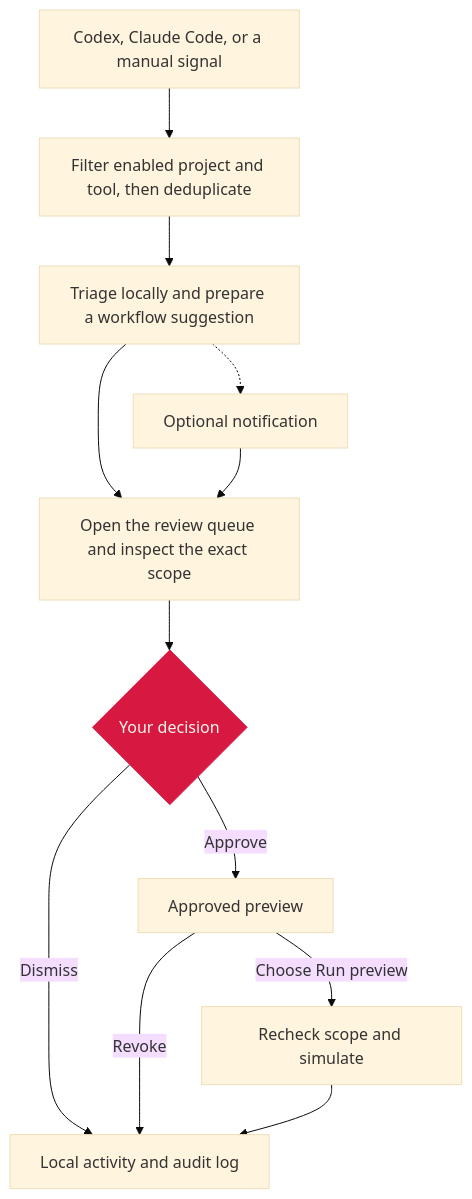
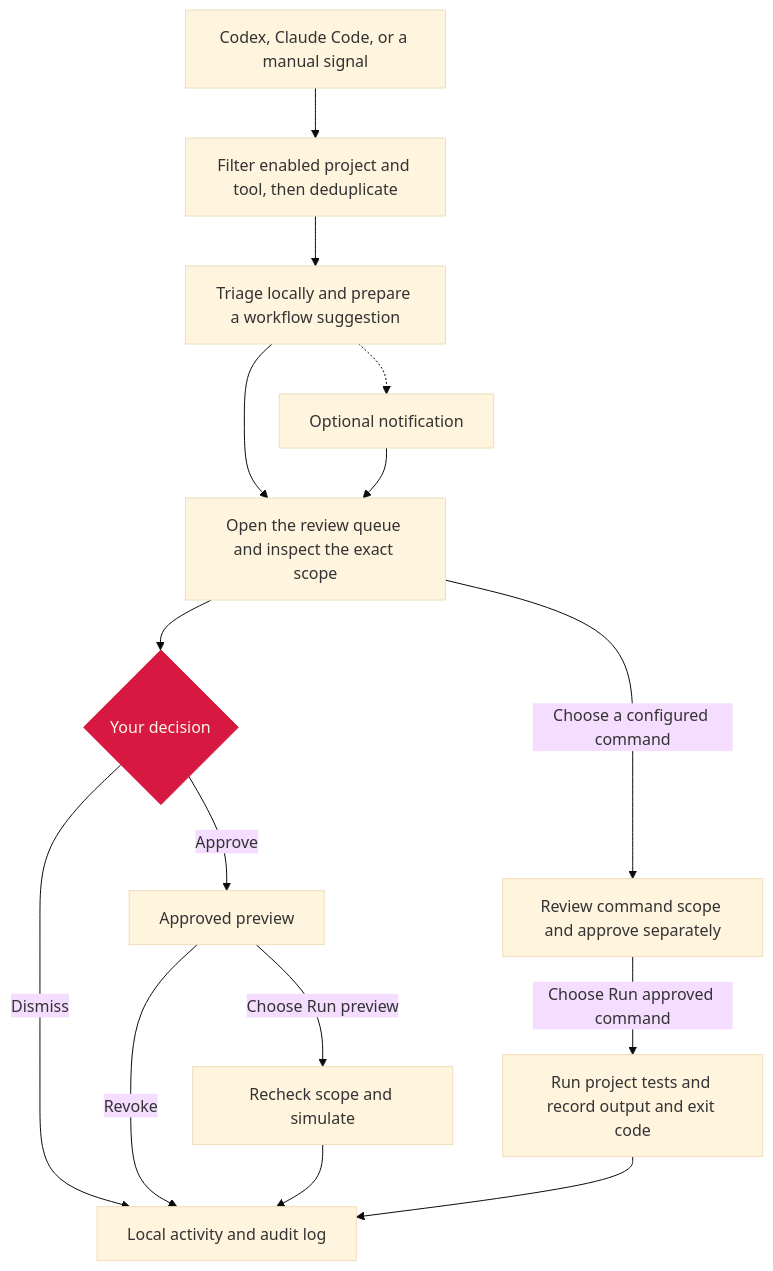
Before and after one commit to Archer-Li/agentic-butler: the first of 2 diagrams in README.md, drawn with Mermaid (base theme). The commit also changed other lines of this file and 16 other files, not shown here.

Commit message:
Run configured project commands behind separate scope-bound approval

````diff
--- a/README.md
+++ b/README.md
@@ -59,17 +59,20 @@
 ```mermaid
 flowchart TD
     Signal["Codex, Claude Code, or a manual signal"] --> Filter["Filter enabled project and tool, then deduplicate"]
     Filter --> Triage["Triage locally and prepare a workflow suggestion"]
     Triage --> Review["Open the review queue and inspect the exact scope"]
     Triage -.-> Notice["Optional notification"]
     Notice --> Review
     Review --> Decision{"Your decision"}
     Decision -->|Approve| Approved["Approved preview"]
     Decision -->|Dismiss| Audit["Local activity and audit log"]
     Approved -->|Choose Run preview| Preview["Recheck scope and simulate"]
     Approved -->|Revoke| Audit
     Preview --> Audit
+    Review -->|Choose a configured command| Command["Review command scope and approve separately"]
+    Command -->|Choose Run approved command| Result["Run project tests and record output and exit code"]
+    Result --> Audit
 
     classDef gate fill:#d71941,stroke:#d71941,color:#faf6eb
     class Decision gate
 ```
````
